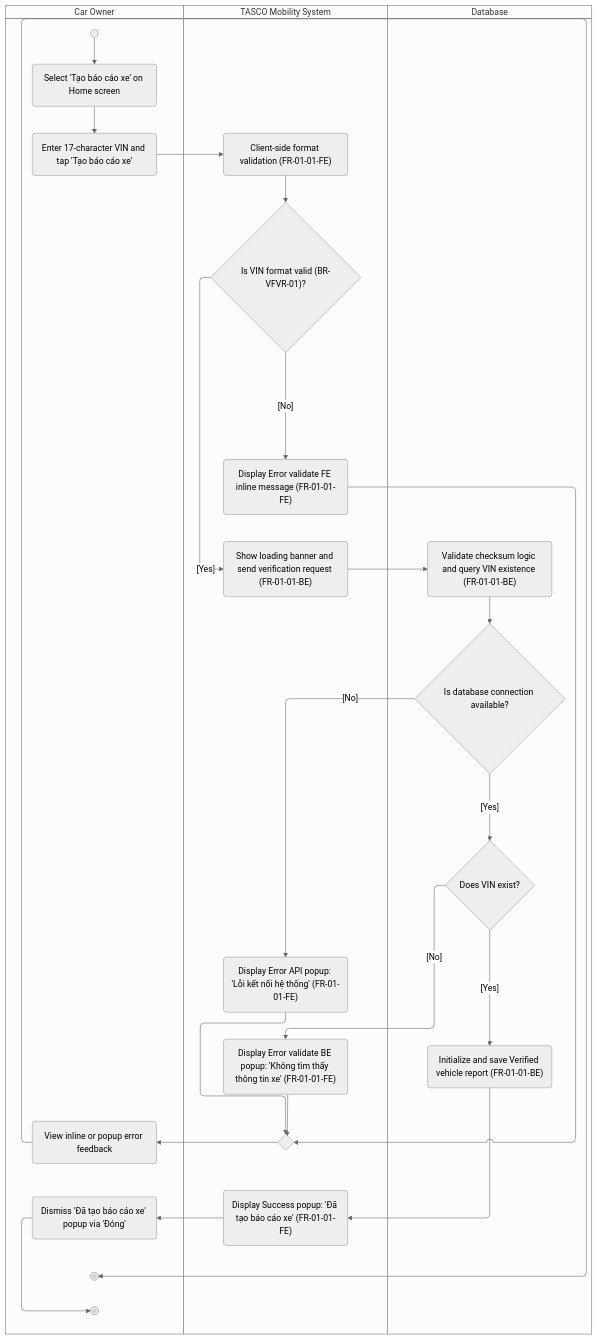
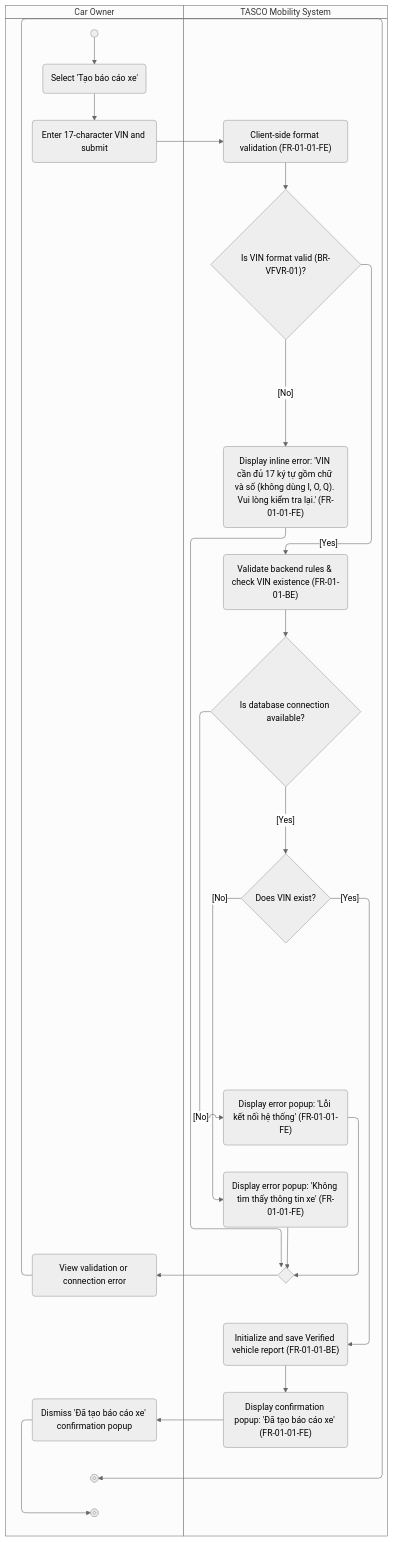
One commit to giangnhk63db/DBIZ-2_GROUP-A changed the diagram in docs/activity/AD-UC-1.01.md. Above: the diagram before and after it, drawn with Mermaid (neutral theme). The commit also changed other lines of this file, not shown here.

````diff
--- a/docs/activity/AD-UC-1.01.md
+++ b/docs/activity/AD-UC-1.01.md
@@ -22,43 +22,39 @@
 ```mermaid
 swimlane-beta TB
   subgraph ACT["Car Owner"]
     start@{ shape: sm-circ }
-    a1("Select 'Tạo báo cáo xe' on Home screen")
-    a2("Enter 17-character VIN and tap 'Tạo báo cáo xe'")
-    a3("View inline or popup error feedback")
-    a4("Dismiss 'Đã tạo báo cáo xe' popup via 'Đóng'")
+    a1("Select 'Tạo báo cáo xe'")
+    a2("Enter 17-character VIN and submit")
+    a3("View validation or connection error")
+    a4("Dismiss 'Đã tạo báo cáo xe' confirmation popup")
     stop1@{ shape: fr-circ }
     stop2@{ shape: fr-circ }
   end
 
   subgraph SYS["TASCO Mobility System"]
     s1("Client-side format validation (FR-01-01-FE)")
     d1{"Is VIN format valid (BR-VFVR-01)?"}
-    s2("Display Error validate FE inline message (FR-01-01-FE)")
-    s3("Show loading banner and send verification request (FR-01-01-BE)")
-    s4("Display Error API popup: 'Lỗi kết nối hệ thống' (FR-01-01-FE)")
-    s5("Display Error validate BE popup: 'Không tìm thấy thông tin xe' (FR-01-01-FE)")
-    s6("Display Success popup: 'Đã tạo báo cáo xe' (FR-01-01-FE)")
+    s2("Display inline error: 'VIN cần đủ 17 ký tự gồm chữ và số (không dùng I, O, Q). Vui lòng kiểm tra lại.' (FR-01-01-FE)")
+    s3("Validate backend rules & check VIN existence (FR-01-01-BE)")
+    d2{"Is database connection available?"}
+    s4("Display error popup: 'Lỗi kết nối hệ thống' (FR-01-01-FE)")
+    d3{"Does VIN exist?"}
+    s5("Display error popup: 'Không tìm thấy thông tin xe' (FR-01-01-FE)")
+    s6("Initialize and save Verified vehicle report (FR-01-01-BE)")
+    s7("Display confirmation popup: 'Đã tạo báo cáo xe' (FR-01-01-FE)")
     m1{" "}
-  end
-
-  subgraph DB["Database"]
-    db1("Validate checksum logic and query VIN existence (FR-01-01-BE)")
-    d2{"Is database connection available?"}
-    d3{"Does VIN exist?"}
-    db2("Initialize and save Verified vehicle report (FR-01-01-BE)")
   end
 
   start --> a1 --> a2 --> s1 --> d1
 
   d1 -->|"[No]"| s2 --> m1
-  d1 -->|"[Yes]"| s3 --> db1 --> d2
+  d1 -->|"[Yes]"| s3 --> d2
 
   d2 -->|"[No]"| s4 --> m1
   d2 -->|"[Yes]"| d3
 
   d3 -->|"[No]"| s5 --> m1
-  d3 -->|"[Yes]"| db2 --> s6 --> a4 --> stop2
+  d3 -->|"[Yes]"| s6 --> s7 --> a4 --> stop2
 
   m1 --> a3 --> stop1
 ```
````
